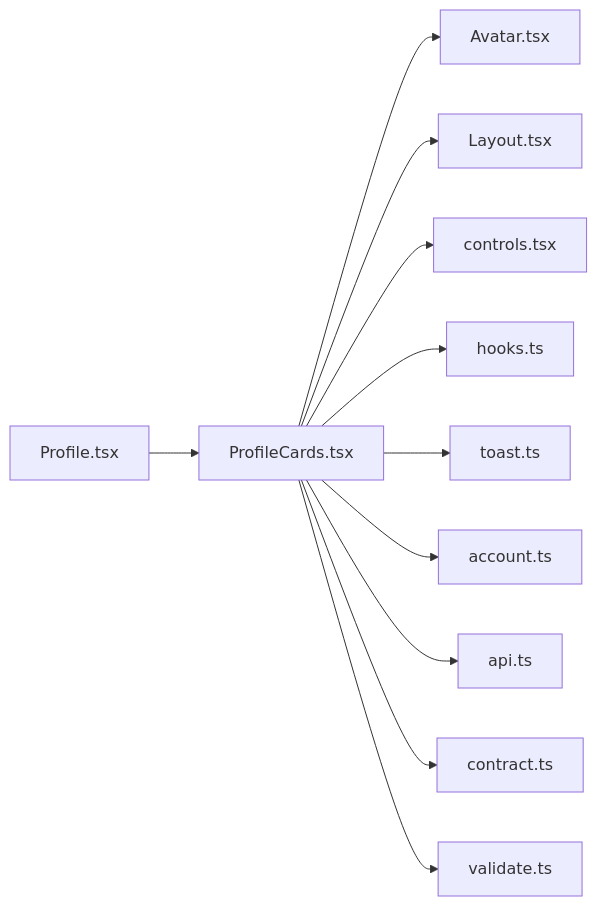
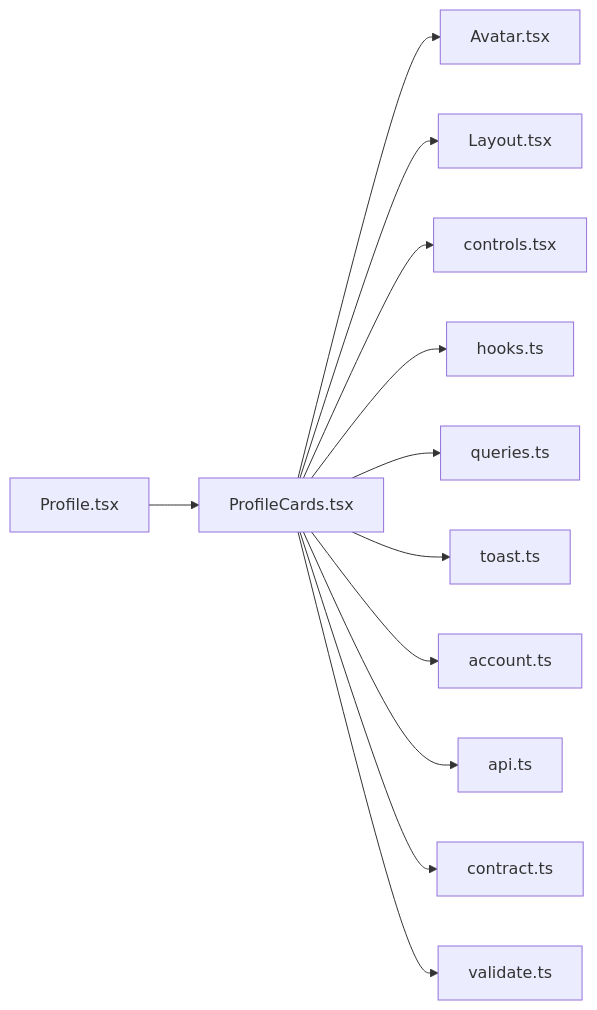
Before and after one commit to minkong-dev/Banblit: the diagram in .cluedoc/graph/frontend/src/routes/ProfileCards.md, drawn with Mermaid. The commit also changed other lines of this file and 41 other files, not shown here.

First line of the commit message:
frontend: keep shared query keys and the team roster query in queries.ts

````diff
--- a/.cluedoc/graph/frontend/src/routes/ProfileCards.md
+++ b/.cluedoc/graph/frontend/src/routes/ProfileCards.md
@@ -10,14 +10,15 @@
 ```mermaid
 flowchart LR
   frontend_src_routes_ProfileCards["ProfileCards.tsx"]
   frontend_src_routes_ProfileCards --> frontend_src_components_Avatar["Avatar.tsx"]
   frontend_src_routes_ProfileCards --> frontend_src_components_Layout["Layout.tsx"]
   frontend_src_routes_ProfileCards --> frontend_src_components_controls["controls.tsx"]
   frontend_src_routes_ProfileCards --> frontend_src_components_hooks["hooks.ts"]
+  frontend_src_routes_ProfileCards --> frontend_src_components_queries["queries.ts"]
   frontend_src_routes_ProfileCards --> frontend_src_components_toast["toast.ts"]
   frontend_src_routes_ProfileCards --> frontend_src_lib_account["account.ts"]
   frontend_src_routes_ProfileCards --> frontend_src_lib_api["api.ts"]
   frontend_src_routes_ProfileCards --> frontend_src_lib_contract["contract.ts"]
   frontend_src_routes_ProfileCards --> frontend_src_lib_validate["validate.ts"]
   frontend_src_routes_Profile["Profile.tsx"] --> frontend_src_routes_ProfileCards
 ```
````
